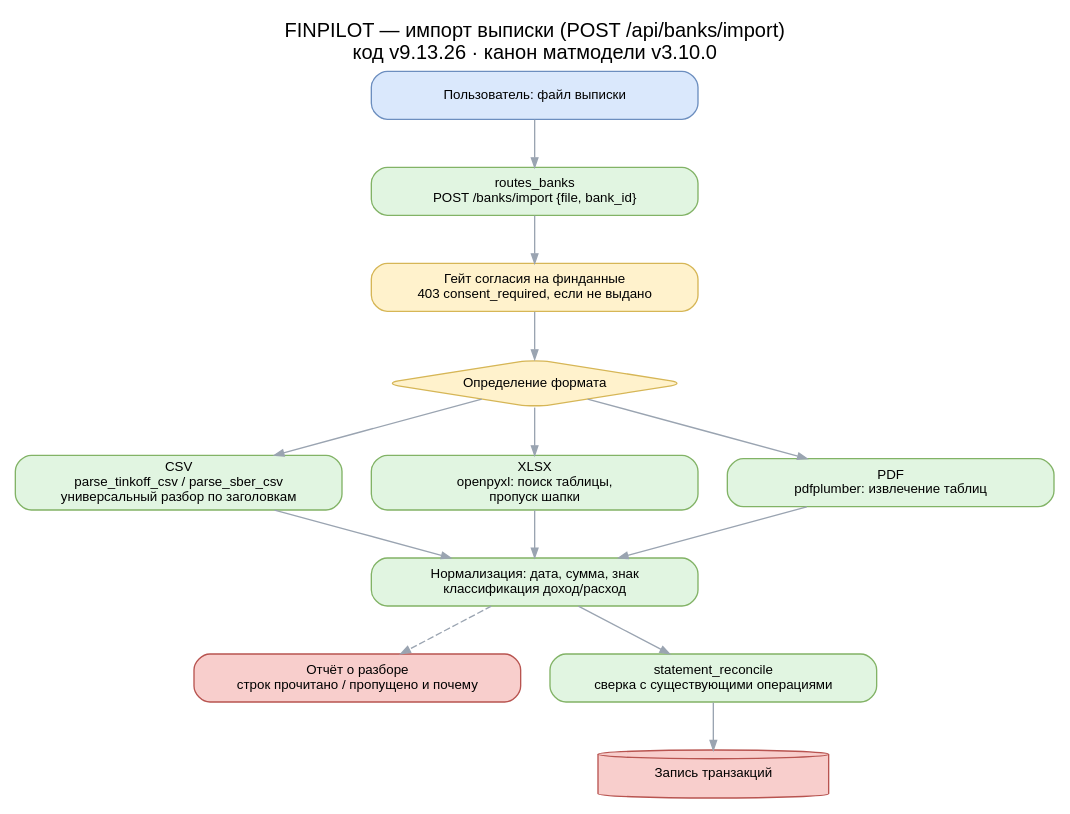
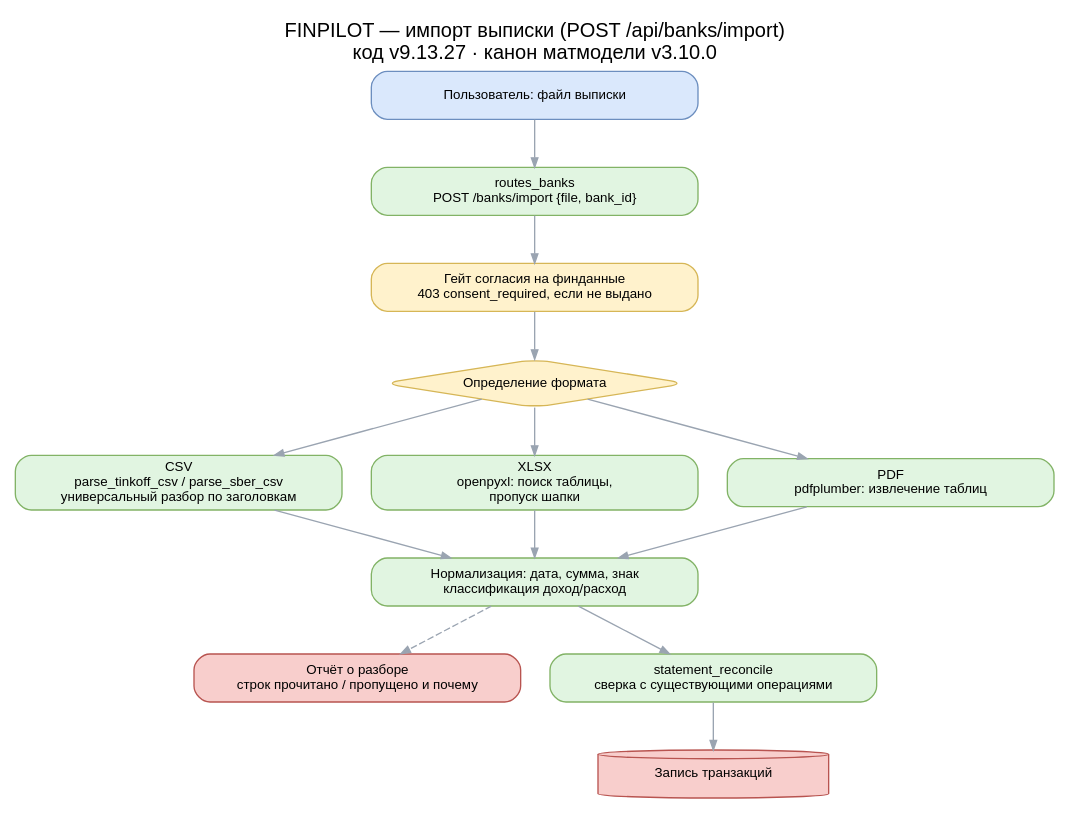
Before and after one commit to vevdokimovm/personal-finance-dss: the diagram in docs/diagrams/src/08_sequence_import.dot, drawn with Graphviz. The commit also changed 34 other files, not shown here.

Commit message:
personal-finance-dss v9.13.27 — версия проставлена всем диаграммам, включая рисуемые вручную

```diff
--- a/docs/diagrams/src/08_sequence_import.dot
+++ b/docs/diagrams/src/08_sequence_import.dot
@@ -1,30 +1,30 @@
 digraph import_seq {
   graph [rankdir=TB, fontname="Helvetica", labelloc=t, fontsize=15,
-         label="FINPILOT — импорт выписки (POST /api/banks/import)\nкод v9.13.26 · канон матмодели v3.10.0",
+         label="FINPILOT — импорт выписки (POST /api/banks/import)\nкод v9.13.27 · канон матмодели v3.10.0",
          nodesep=0.3, ranksep=0.5];
   node [fontname="Helvetica", fontsize=10, style="rounded,filled",
         fillcolor="#e1f5e1", color="#82b366", shape=box, width=3.4];
   edge [color="#9aa4b1", arrowsize=0.7, fontname="Helvetica", fontsize=9];
 
   u [label="Пользователь: файл выписки", fillcolor="#dae8fc", color="#6c8ebf"];
   r [label="routes_banks\nPOST /banks/import {file, bank_id}"];
   g [label="Гейт согласия на финданные\n403 consent_required, если не выдано",
      fillcolor="#fff2cc", color="#d6b656"];
   fmt [label="Определение формата", shape=diamond, fillcolor="#fff2cc",
        color="#d6b656", width=2.0];
   csv [label="CSV\nparse_tinkoff_csv / parse_sber_csv\nуниверсальный разбор по заголовкам"];
   xlsx [label="XLSX\nopenpyxl: поиск таблицы,\nпропуск шапки"];
   pdf [label="PDF\npdfplumber: извлечение таблиц"];
   norm [label="Нормализация: дата, сумма, знак\nклассификация доход/расход"];
   rep [label="Отчёт о разборе\nстрок прочитано / пропущено и почему",
        fillcolor="#f8cecc", color="#b85450"];
   rec [label="statement_reconcile\nсверка с существующими операциями"];
   db [label="Запись транзакций", shape=cylinder, fillcolor="#f8cecc",
       color="#b85450", width=2.4];
 
   u -> r -> g -> fmt;
   fmt -> csv; fmt -> xlsx; fmt -> pdf;
   csv -> norm; xlsx -> norm; pdf -> norm;
   norm -> rep [style=dashed];
   norm -> rec -> db;
 }
```
